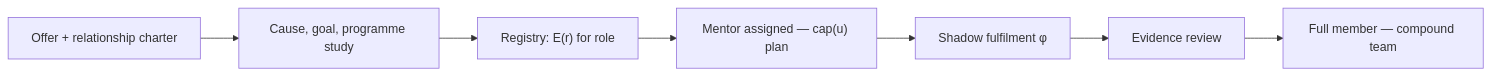
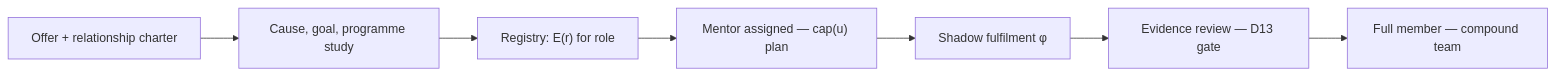
The third of 3 diagrams in Applications/Coexistence-Company-Org-Structure/Coexistence-Company-Org-Structure.md (raghavamohan/AnalyticMadhyasthDarshan), drawn with Mermaid before and after one commit. The commit also changed other lines of this file and 8 other files, not shown here.

````diff
--- a/Applications/Coexistence-Company-Org-Structure/Coexistence-Company-Org-Structure.md
+++ b/Applications/Coexistence-Company-Org-Structure/Coexistence-Company-Org-Structure.md
@@ -190,9 +194,9 @@
 ```mermaid
 flowchart LR
     A["Offer + relationship charter"] --> B["Cause, goal, programme study"]
     B --> C["Registry: E(r) for role"]
     C --> D["Mentor assigned — cap(u) plan"]
     D --> E["Shadow fulfilment φ"]
-    E --> F["Evidence review"]
+    E --> F["Evidence review — D13 gate"]
     F --> G["Full member — compound team"]
 ```
````
